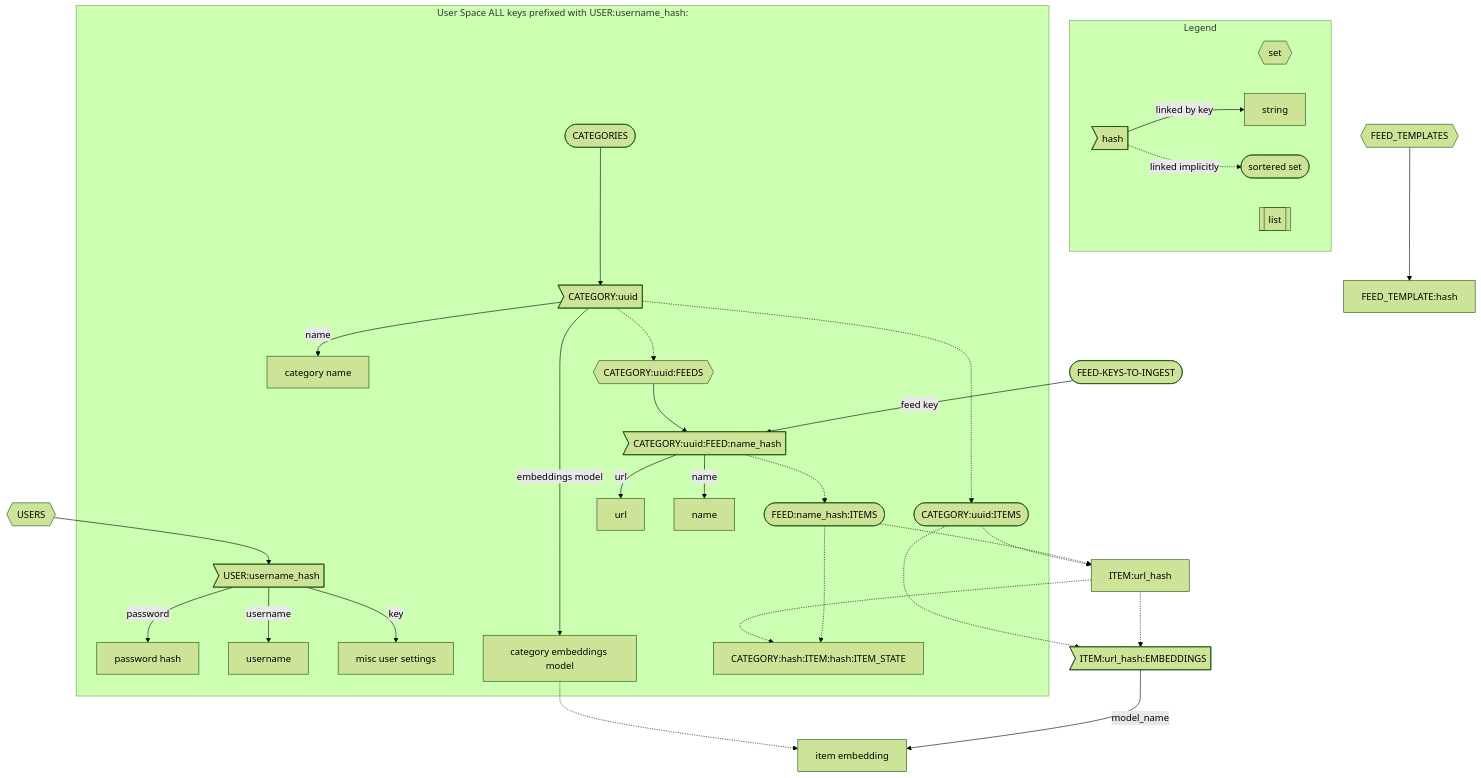
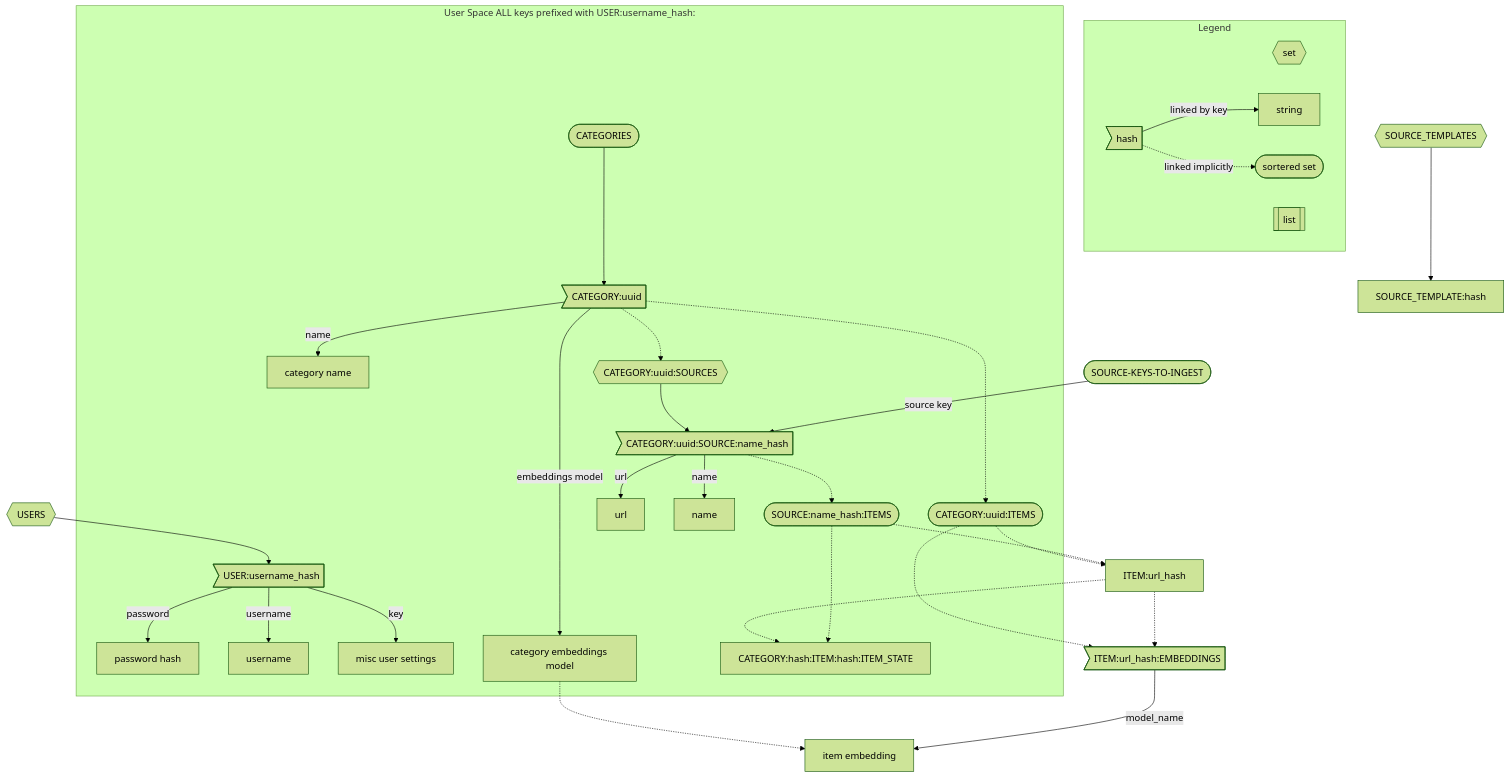
Before and after one commit to mullinmax/aggy: the diagram in README.md, drawn with Mermaid (forest theme). The commit also changed other lines of this file and 35 other files, not shown here.

First line of the commit message:
feed -> source (#68)

````diff
--- a/README.md
+++ b/README.md
@@ -73,62 +73,62 @@
 ```mermaid
 flowchart TB
     subgraph Legend
         direction LR
         set{{set}}
         sorted_set([sortered set])
         string[string]
         hash>hash]
         list[[list]]
         hash --linked by key-->string
         hash -.linked implicitly.-> sorted_set
     end
 
-    feeds_to_ingest([FEED-KEYS-TO-INGEST]) --feed key--> feed
+    sources_to_ingest([SOURCE-KEYS-TO-INGEST]) --source key--> source
 
     subgraph User Space ALL keys prefixed with USER:username_hash:
         user>USER:username_hash]
         user--password--> password_hash[password hash]
         user--username--> username[username]
         user--key-->misc_user_settings[misc user settings]
 
         categories([CATEGORIES])
         category>CATEGORY:uuid]
         category_embeddings_model[category embeddings model]
         category_name[category name]
-        category_feeds{{CATEGORY:uuid:FEEDS}}
+        category_sources{{CATEGORY:uuid:SOURCES}}
         category_items([CATEGORY:uuid:ITEMS])
-        feed>CATEGORY:uuid:FEED:name_hash]
-        feed_url[url]
-        feed_name[name]
-        items([FEED:name_hash:ITEMS])
+        source>CATEGORY:uuid:SOURCE:name_hash]
+        source_url[url]
+        source_name[name]
+        items([SOURCE:name_hash:ITEMS])
 
 
         categories --> category
 
         category --embeddings model--> category_embeddings_model
         category --name--> category_name
         category -.-> category_items
-        category -.-> category_feeds
-        category_feeds --> feed
-        feed --url--> feed_url
-        feed --name--> feed_name
-        feed -.-> items
+        category -.-> category_sources
+        category_sources --> source
+        source --url--> source_url
+        source --name--> source_name
+        source -.-> items
 
         items -.-> item_state[CATEGORY:hash:ITEM:hash:ITEM_STATE]
 
     end
 
     item[ITEM:url_hash]
     item_embeddings>ITEM:url_hash:EMBEDDINGS]
     item_embedding[item embedding]
 
     items-.->item
     item -.-> item_state
     category_items -.-> item
     category_items -.-> item_embeddings
     item_embeddings --model_name--> item_embedding
     item -.-> item_embeddings
     category_embeddings_model -.-> item_embedding
     users{{USERS}} --> user
-    feed_templates{{FEED_TEMPLATES}} --> feed_template[FEED_TEMPLATE:hash]
+    source_templates{{SOURCE_TEMPLATES}} --> source_template[SOURCE_TEMPLATE:hash]
 ```
````
